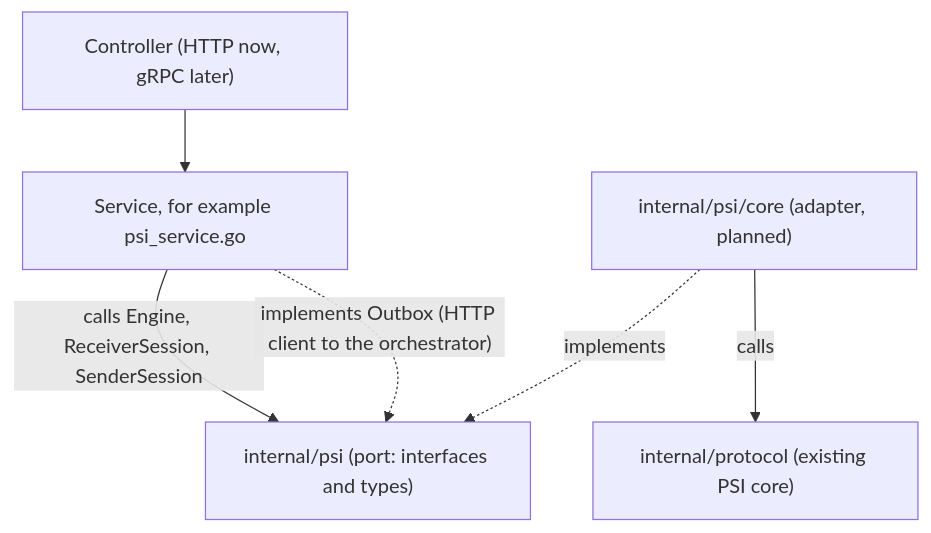
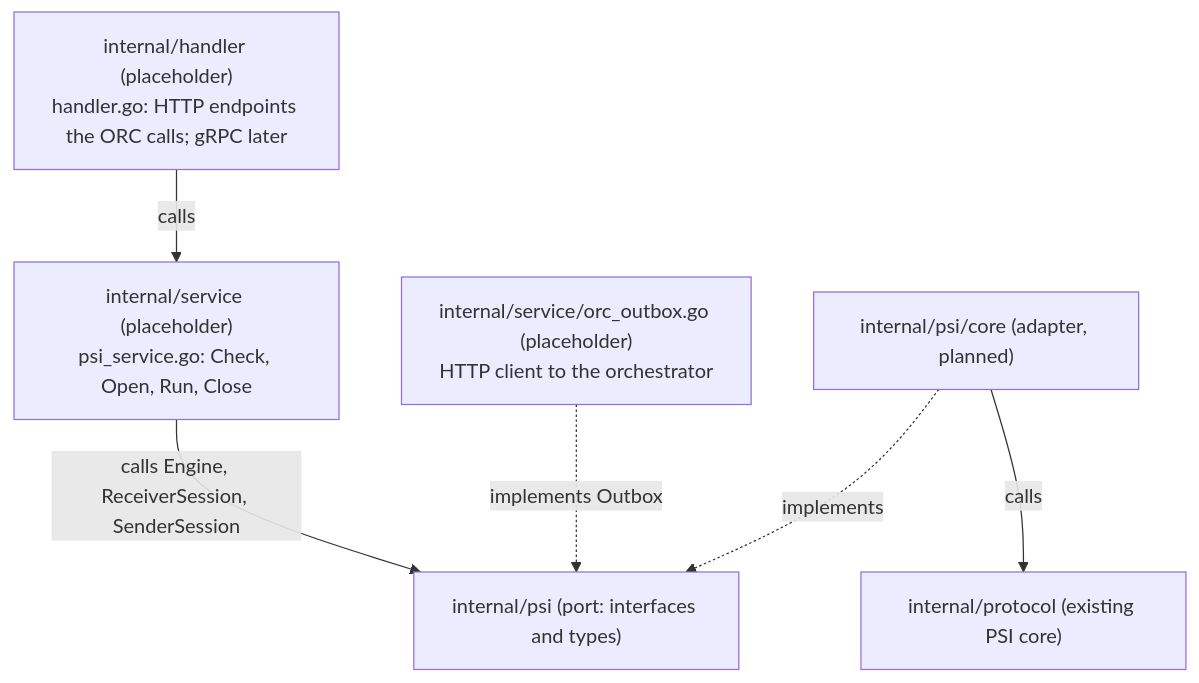
One commit to XSpring/minipsi-relay changed the first of 2 diagrams in internal/psi/README.md. Above: the diagram before and after it, drawn with Mermaid. The commit also changed other lines of this file and 5 other files, not shown here.

First line of the commit message:
docs(psi): add the handler and service folders

````diff
--- a/internal/psi/README.md
+++ b/internal/psi/README.md
@@ -23,8 +23,8 @@
 ```mermaid
 flowchart TD
-    C["Controller (HTTP now, gRPC later)"] --> S["Service, for example psi_service.go"]
+    H["internal/handler (placeholder)<br/>handler.go: HTTP endpoints the ORC calls; gRPC later"] -->|calls| S["internal/service (placeholder)<br/>psi_service.go: Check, Open, Run, Close"]
     S -->|"calls Engine, ReceiverSession, SenderSession"| P["internal/psi (port: interfaces and types)"]
+    O["internal/service/orc_outbox.go (placeholder)<br/>HTTP client to the orchestrator"] -.->|implements Outbox| P
     A["internal/psi/core (adapter, planned)"] -.->|implements| P
-    S -.->|"implements Outbox (HTTP client to the orchestrator)"| P
     A -->|calls| K["internal/protocol (existing PSI core)"]
 ```
````
